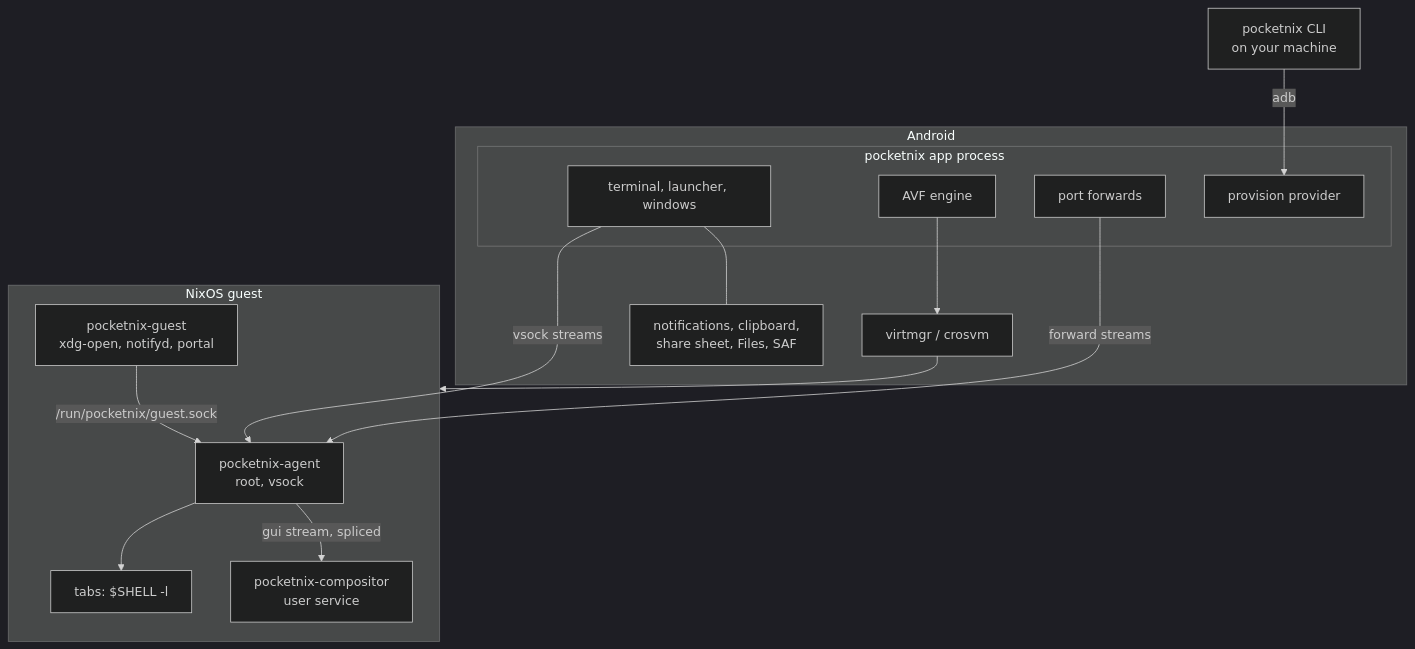
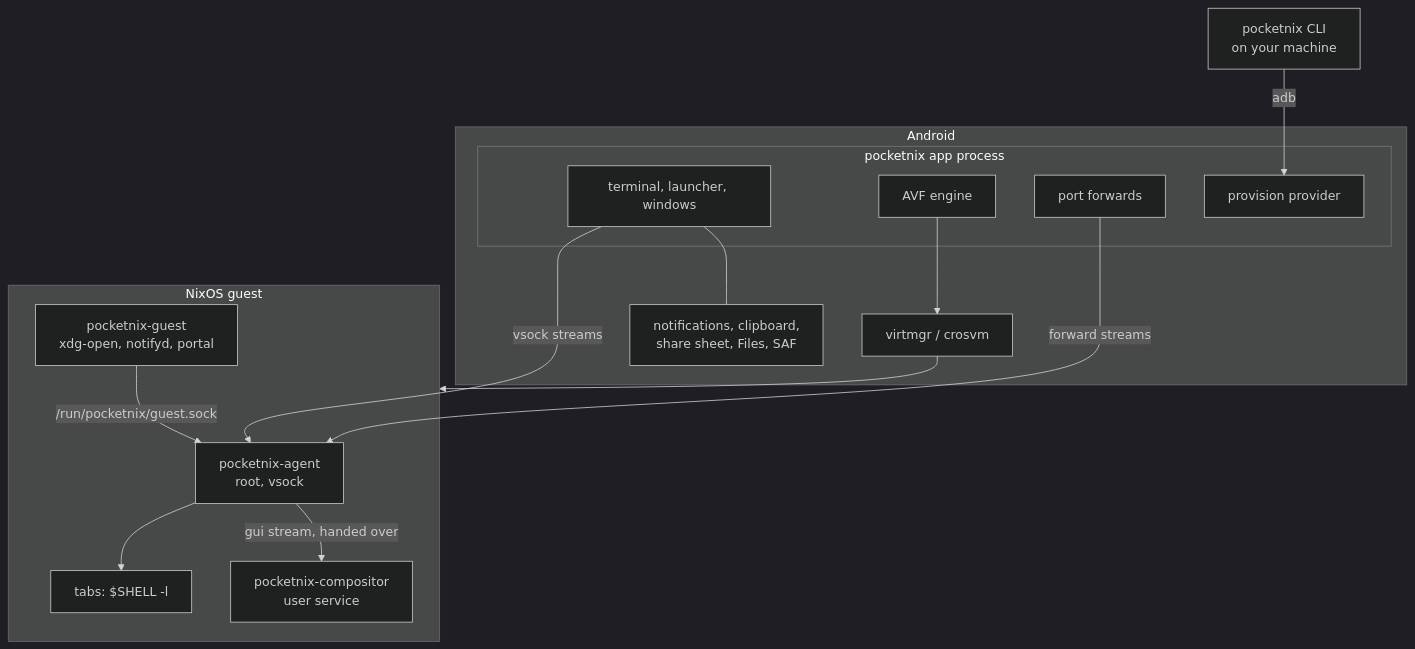
Before and after one commit to nickolaj-jepsen/pocketnix: the first of 2 diagrams in docs/architecture.md, drawn with Mermaid (dark theme). The commit also changed 7 other files, not shown here.

First line of the commit message:
feat(agent): hand the GUI stream to the compositor

````diff
--- a/docs/architecture.md
+++ b/docs/architecture.md
@@ -5,27 +5,27 @@
 ```mermaid
 flowchart TB
   subgraph phone[Android]
     subgraph app[pocketnix app process]
       ui[terminal, launcher, windows]
       engine[AVF engine]
       fwd[port forwards]
       prov[provision provider]
     end
     virtmgr[virtmgr / crosvm]
     android[notifications, clipboard,<br/>share sheet, Files, SAF]
   end
   subgraph guest[NixOS guest]
     agent[pocketnix-agent<br/>root, vsock]
     guestcli[pocketnix-guest<br/>xdg-open, notifyd, portal]
     comp[pocketnix-compositor<br/>user service]
     shells[tabs: $SHELL -l]
   end
   adb[pocketnix CLI<br/>on your machine] -- adb --> prov
   engine --> virtmgr --> guest
   ui -- vsock streams --> agent
   fwd -- forward streams --> agent
   agent --> shells
   guestcli -- /run/pocketnix/guest.sock --> agent
-  agent -- gui stream, spliced --> comp
+  agent -- gui stream, handed over --> comp
   ui --- android
 ```
````
